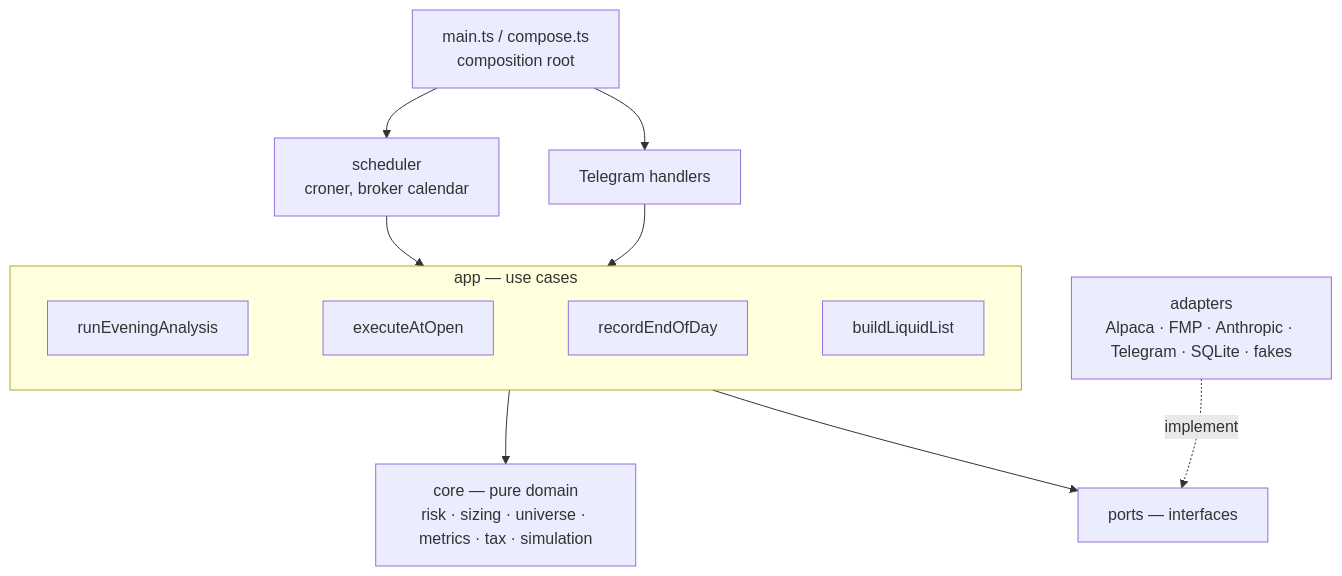
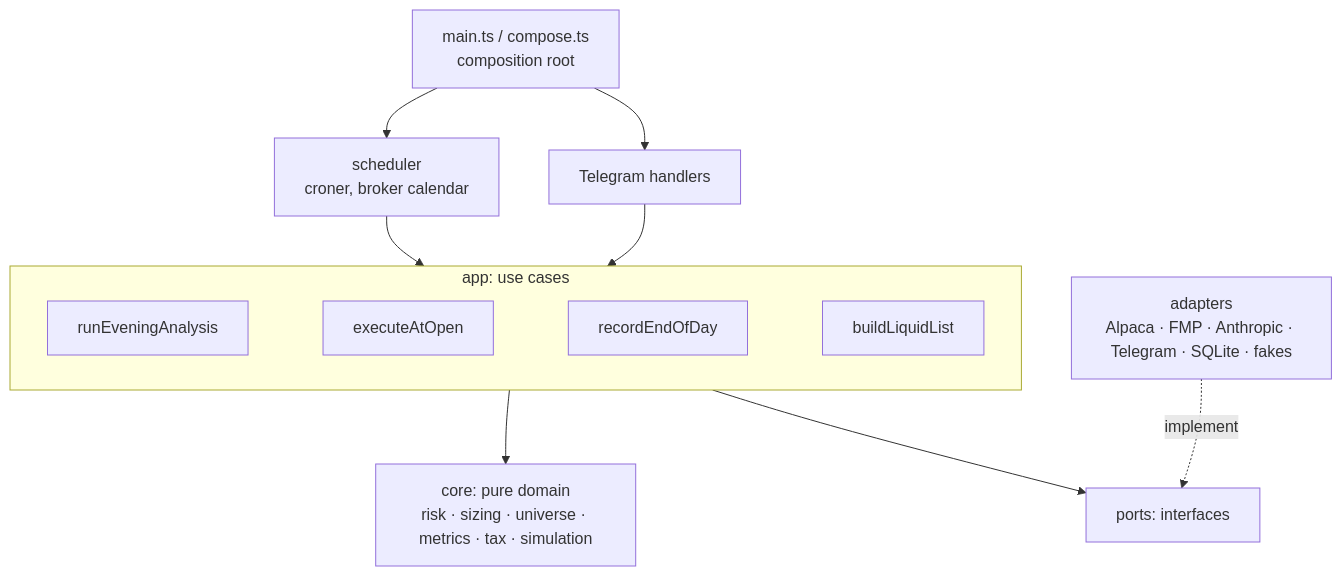
The second of 2 diagrams in README.md (achref-thamri/next-open), drawn with Mermaid before and after one commit. The commit also changed other lines of this file and 11 other files, not shown here.

````diff
--- a/README.md
+++ b/README.md
@@ -58,14 +58,14 @@
 ```mermaid
 flowchart TB
     main["main.ts / compose.ts<br/>composition root"] --> scheduler["scheduler<br/>croner, broker calendar"]
     main --> telegram["Telegram handlers"]
     scheduler --> app
     telegram --> app
-    subgraph app["app — use cases"]
+    subgraph app["app: use cases"]
         direction LR
         uc1[runEveningAnalysis] ~~~ uc2[executeAtOpen] ~~~ uc3[recordEndOfDay] ~~~ uc4[buildLiquidList]
     end
-    app --> core["core — pure domain<br/>risk · sizing · universe · metrics · tax · simulation"]
-    app --> ports["ports — interfaces"]
+    app --> core["core: pure domain<br/>risk · sizing · universe · metrics · tax · simulation"]
+    app --> ports["ports: interfaces"]
     adapters["adapters<br/>Alpaca · FMP · Anthropic · Telegram · SQLite · fakes"] -. implement .-> ports
 ```
````
